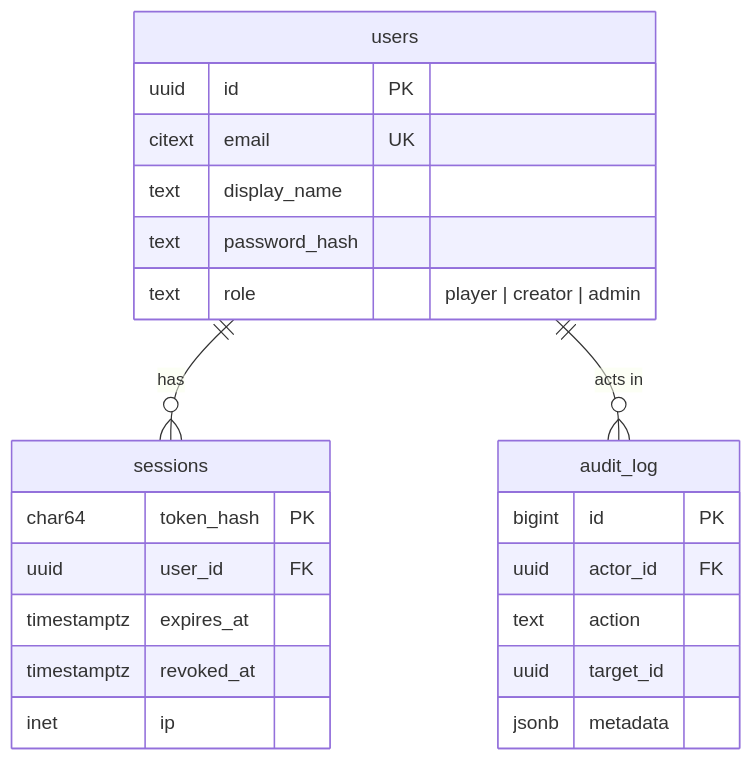
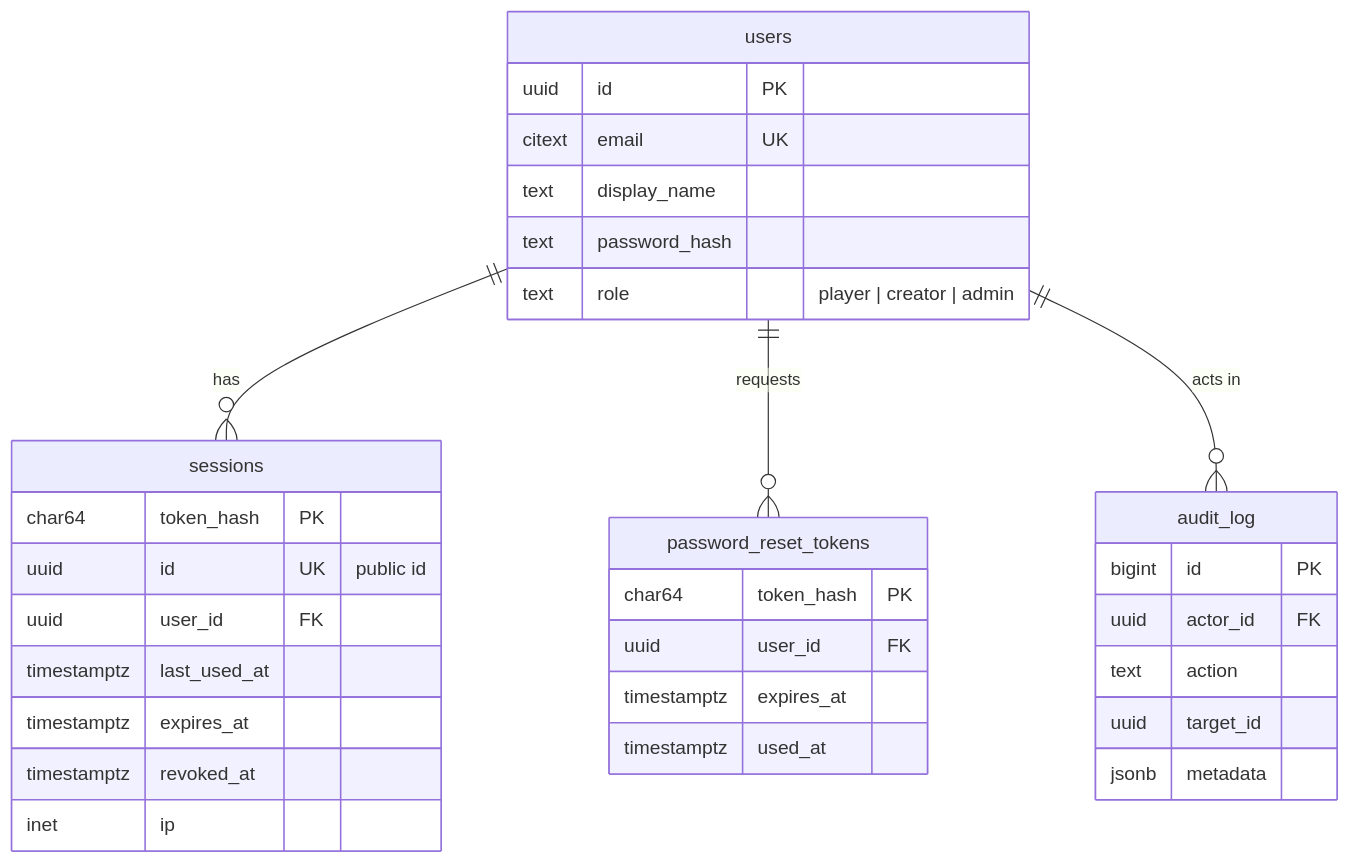
The second of 3 diagrams in docs/architecture/overview.md (lungelooZi/AFTERHOURS-source), drawn with Mermaid before and after one commit. The commit also changed other lines of this file and 9 other files, not shown here.

````diff
--- a/docs/architecture/overview.md
+++ b/docs/architecture/overview.md
@@ -55,26 +55,35 @@
 ```mermaid
 erDiagram
   users ||--o{ sessions : has
+  users ||--o{ password_reset_tokens : requests
   users ||--o{ audit_log : "acts in"
   users {
     uuid id PK
     citext email UK
     text display_name
     text password_hash
     text role "player | creator | admin"
   }
   sessions {
     char64 token_hash PK
+    uuid id UK "public id"
     uuid user_id FK
+    timestamptz last_used_at
     timestamptz expires_at
     timestamptz revoked_at
     inet ip
+  }
+  password_reset_tokens {
+    char64 token_hash PK
+    uuid user_id FK
+    timestamptz expires_at
+    timestamptz used_at
   }
   audit_log {
     bigint id PK
     uuid actor_id FK
     text action
     uuid target_id
     jsonb metadata
   }
 ```
````
